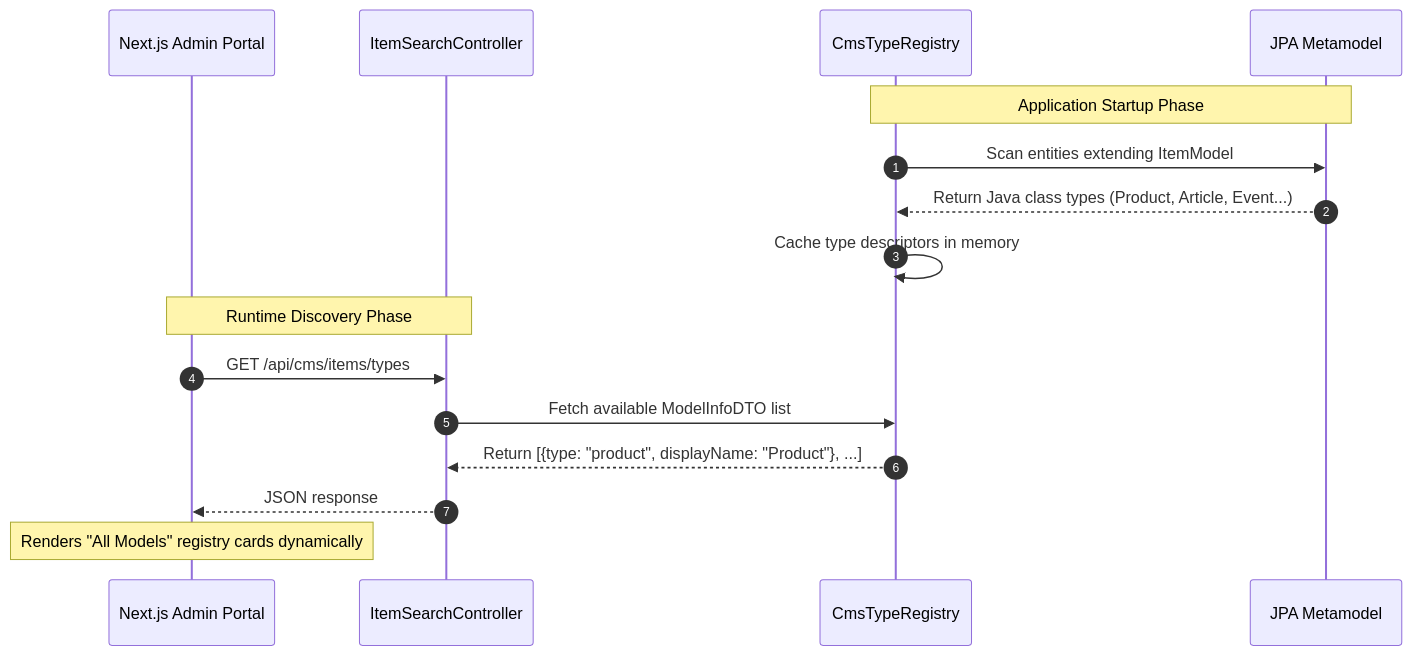
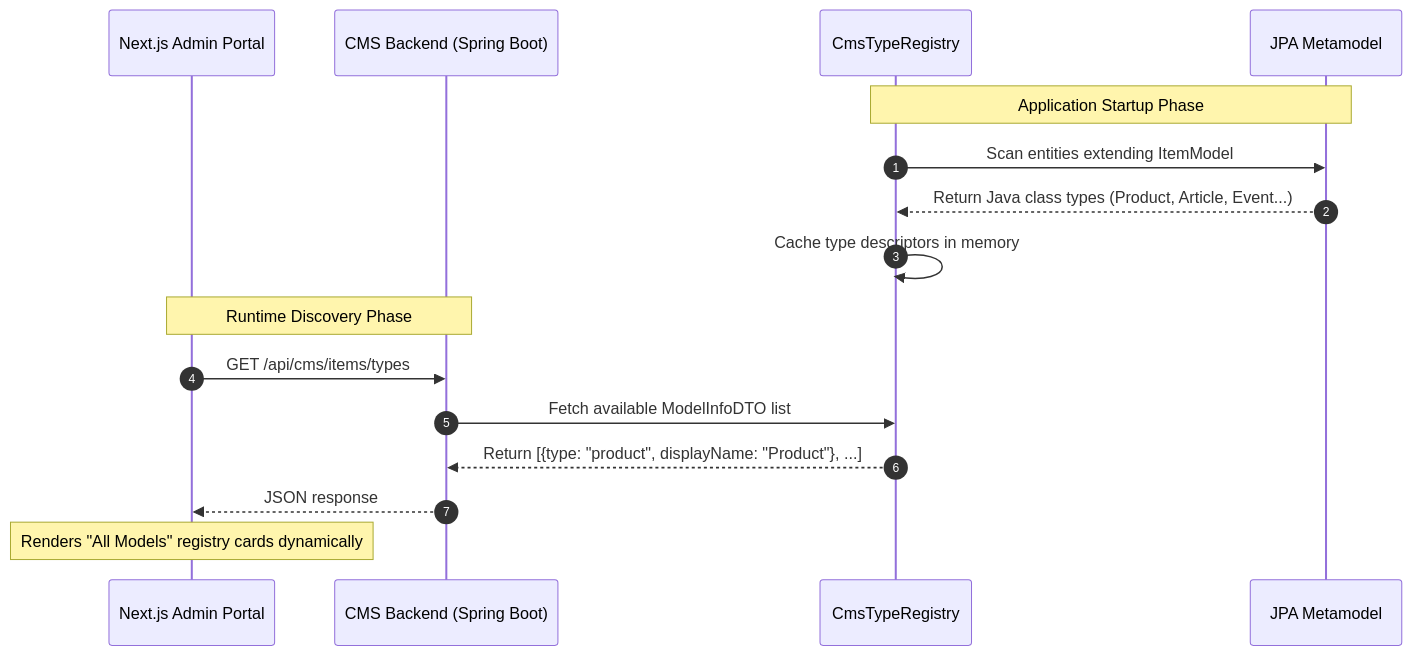
The first of 2 diagrams in _articles/case-study-headless-cms-demo-part-3.md (adiputera/adiputera.github.io), drawn with Mermaid before and after one commit. The commit also changed other lines of this file and 5 other files, not shown here.

````diff
--- a/_articles/case-study-headless-cms-demo-part-3.md
+++ b/_articles/case-study-headless-cms-demo-part-3.md
@@ -52,20 +62,20 @@
 ```mermaid
 sequenceDiagram
     autonumber
     participant UI as Next.js Admin Portal
-    participant API as ItemSearchController
+    participant API as CMS Backend (Spring Boot)
     participant Reg as CmsTypeRegistry
     participant JPA as JPA Metamodel
 
     Note over Reg,JPA: Application Startup Phase
     Reg->>JPA: Scan entities extending ItemModel
     JPA-->>Reg: Return Java class types (Product, Article, Event...)
     Reg->>Reg: Cache type descriptors in memory
 
     Note over UI,API: Runtime Discovery Phase
     UI->>API: GET /api/cms/items/types
     API->>Reg: Fetch available ModelInfoDTO list
     Reg-->>API: Return [{type: "product", displayName: "Product"}, ...]
     API-->>UI: JSON response
     Note over UI: Renders "All Models" registry cards dynamically
 ```
````
